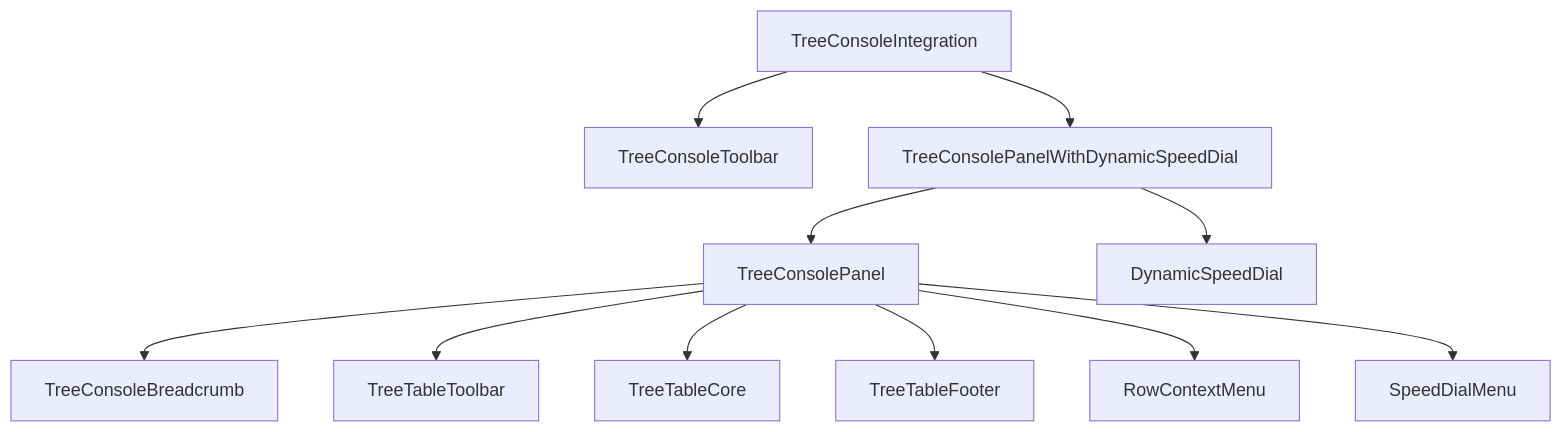
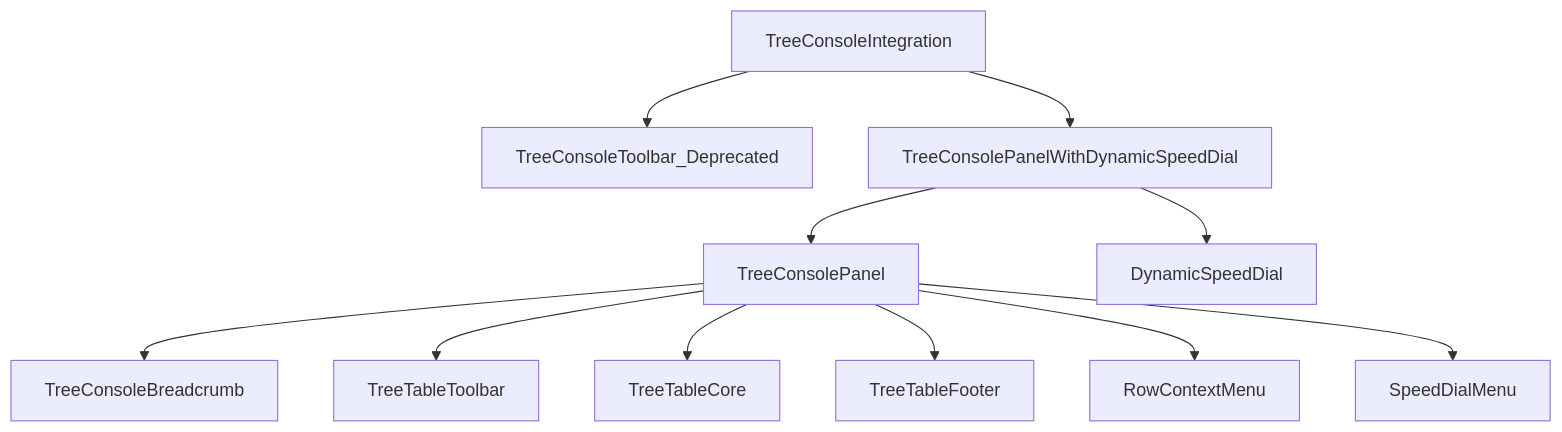
The diagram in docs/architecture/treeconsole-routing-architecture.md (kubohiroya/hierarchidb), drawn with Mermaid before and after one commit. The commit also changed other lines of this file and 329 other files, not shown here.

````diff
--- a/docs/architecture/treeconsole-routing-architecture.md
+++ b/docs/architecture/treeconsole-routing-architecture.md
@@ -79,15 +79,15 @@
 ```mermaid
 graph TD
-    TreeConsoleIntegration --> TreeConsoleToolbar
+    TreeConsoleIntegration --> TreeConsoleToolbar_Deprecated
     TreeConsoleIntegration --> TreeConsolePanelWithDynamicSpeedDial
     
     TreeConsolePanelWithDynamicSpeedDial --> TreeConsolePanel
     TreeConsolePanelWithDynamicSpeedDial --> DynamicSpeedDial
     
     TreeConsolePanel --> TreeConsoleBreadcrumb
     TreeConsolePanel --> TreeTableToolbar
     TreeConsolePanel --> TreeTableCore
     TreeConsolePanel --> TreeTableFooter
     TreeConsolePanel --> RowContextMenu
     TreeConsolePanel --> SpeedDialMenu
 ```
````
